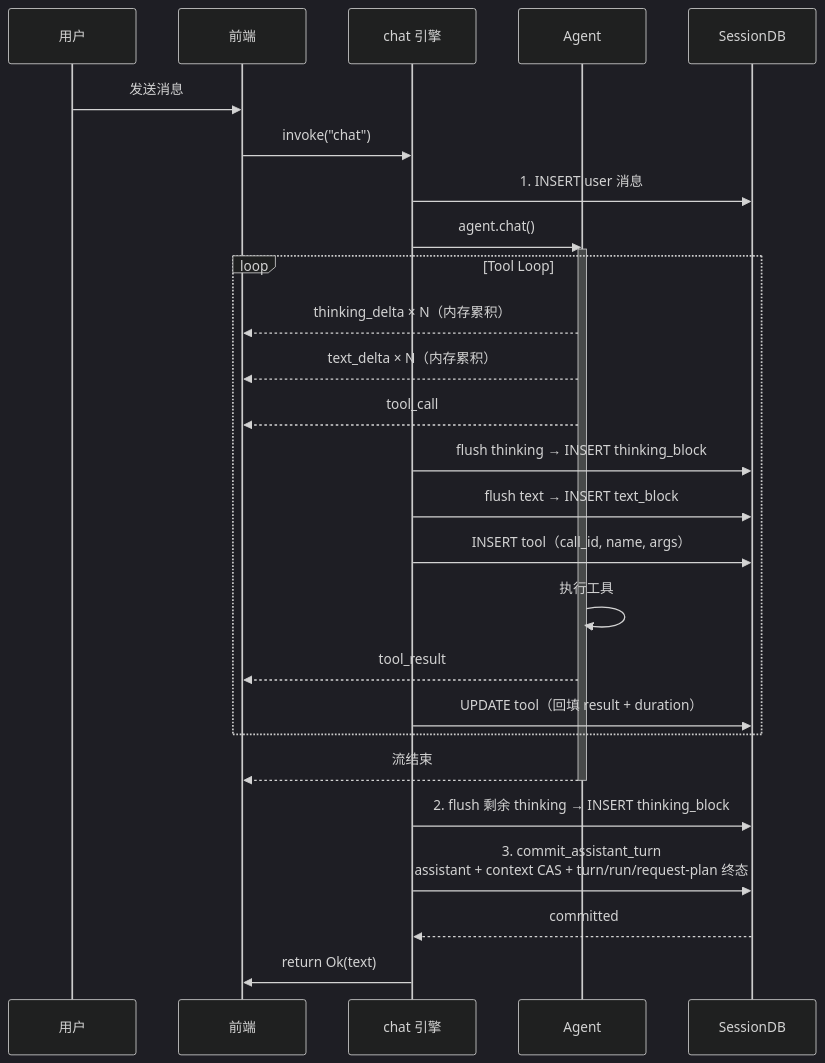
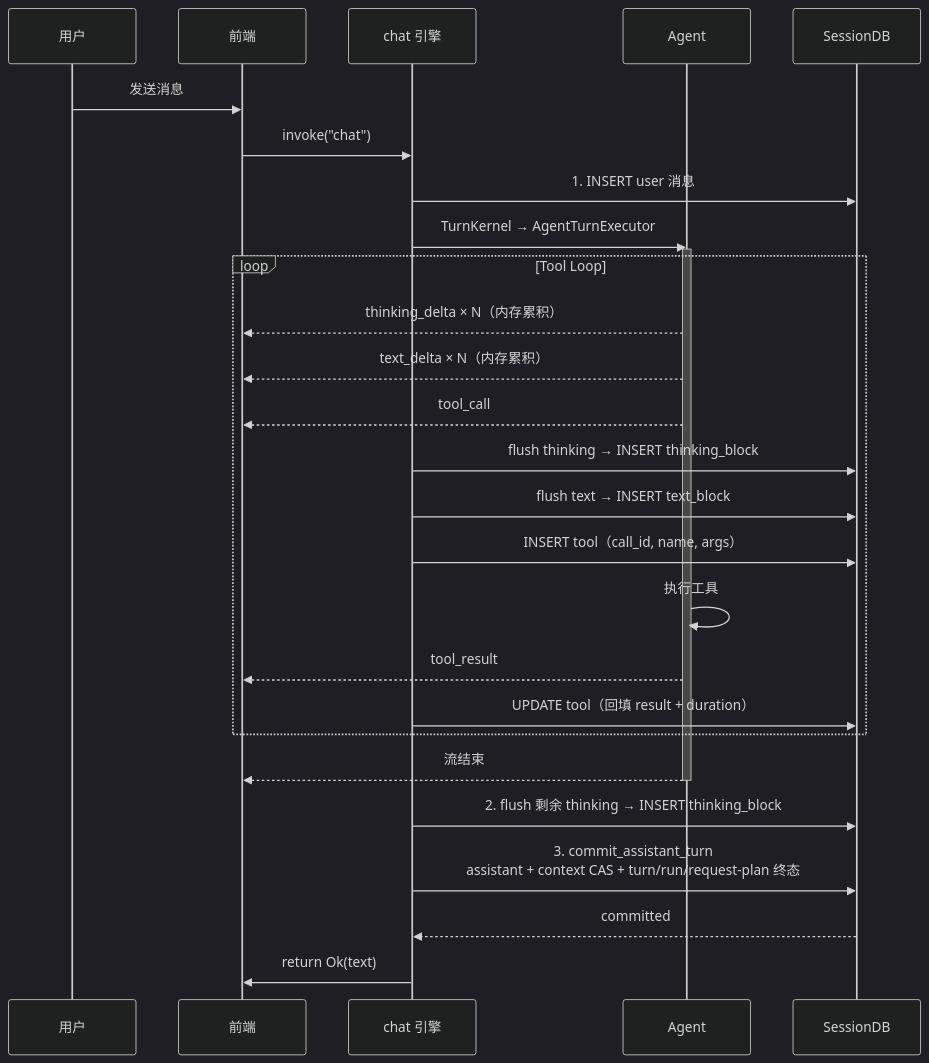
Diagram 14 of 16 in mirrors/repos/shiwenwen@hope-agent/docs/architecture/core/provider-system.md (gabrielmoreira/agent-skills-mirror), drawn with Mermaid (dark theme) before and after one commit. The commit also changed other lines of this file and 2396 other files, not shown here.

````diff
--- a/mirrors/repos/shiwenwen@hope-agent/docs/architecture/core/provider-system.md
+++ b/mirrors/repos/shiwenwen@hope-agent/docs/architecture/core/provider-system.md
@@ -716,31 +717,31 @@
 ```mermaid
 sequenceDiagram
   participant U as 用户
   participant FE as 前端
   participant CMD as chat 引擎
   participant Agent as Agent
   participant DB as SessionDB
 
   U->>FE: 发送消息
   FE->>CMD: invoke("chat")
   CMD->>DB: 1. INSERT user 消息
-  CMD->>Agent: agent.chat()
+  CMD->>Agent: TurnKernel → AgentTurnExecutor
   activate Agent
   loop Tool Loop
     Agent-->>FE: thinking_delta × N（内存累积）
     Agent-->>FE: text_delta × N（内存累积）
     Agent-->>FE: tool_call
     CMD->>DB: flush thinking → INSERT thinking_block
     CMD->>DB: flush text → INSERT text_block
     CMD->>DB: INSERT tool（call_id, name, args）
     Agent->>Agent: 执行工具
     Agent-->>FE: tool_result
     CMD->>DB: UPDATE tool（回填 result + duration）
   end
   Agent-->>FE: 流结束
   deactivate Agent
   CMD->>DB: 2. flush 剩余 thinking → INSERT thinking_block
   CMD->>DB: 3. commit_assistant_turn<br/>assistant + context CAS + turn/run/request-plan 终态
   DB-->>CMD: committed
   CMD->>FE: return Ok(text)
 ```
````
